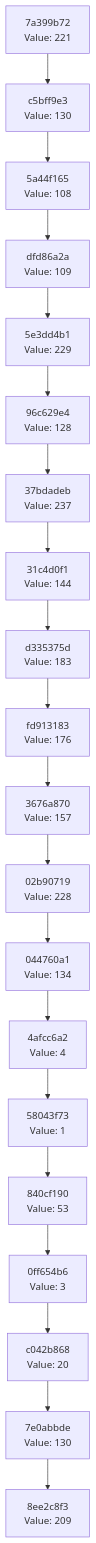
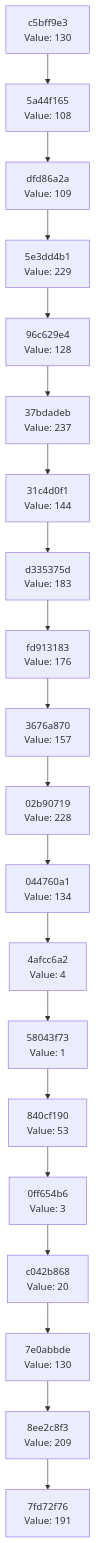
Before and after one commit to Abhisheksinha1506/hash-chain-evolver: the diagram in docs/CHAIN_VISUALIZATION.md, drawn with Mermaid. The commit also changed 2 other files, not shown here.

Commit message:
Evolution Step

````diff
--- a/docs/CHAIN_VISUALIZATION.md
+++ b/docs/CHAIN_VISUALIZATION.md
@@ -3,42 +3,42 @@
 ```mermaid
 graph TD
-    C0["8ee2c8f3<br/>Value: 209"]
-    C1["7e0abbde<br/>Value: 130"]
+    C0["7fd72f76<br/>Value: 191"]
+    C1["8ee2c8f3<br/>Value: 209"]
     C1 --> C0
-    C2["c042b868<br/>Value: 20"]
+    C2["7e0abbde<br/>Value: 130"]
     C2 --> C1
-    C3["0ff654b6<br/>Value: 3"]
+    C3["c042b868<br/>Value: 20"]
     C3 --> C2
-    C4["840cf190<br/>Value: 53"]
+    C4["0ff654b6<br/>Value: 3"]
     C4 --> C3
-    C5["58043f73<br/>Value: 1"]
+    C5["840cf190<br/>Value: 53"]
     C5 --> C4
-    C6["4afcc6a2<br/>Value: 4"]
+    C6["58043f73<br/>Value: 1"]
     C6 --> C5
-    C7["044760a1<br/>Value: 134"]
+    C7["4afcc6a2<br/>Value: 4"]
     C7 --> C6
-    C8["02b90719<br/>Value: 228"]
+    C8["044760a1<br/>Value: 134"]
     C8 --> C7
-    C9["3676a870<br/>Value: 157"]
+    C9["02b90719<br/>Value: 228"]
     C9 --> C8
-    C10["fd913183<br/>Value: 176"]
+    C10["3676a870<br/>Value: 157"]
     C10 --> C9
-    C11["d335375d<br/>Value: 183"]
+    C11["fd913183<br/>Value: 176"]
     C11 --> C10
-    C12["31c4d0f1<br/>Value: 144"]
+    C12["d335375d<br/>Value: 183"]
     C12 --> C11
-    C13["37bdadeb<br/>Value: 237"]
+    C13["31c4d0f1<br/>Value: 144"]
     C13 --> C12
-    C14["96c629e4<br/>Value: 128"]
+    C14["37bdadeb<br/>Value: 237"]
     C14 --> C13
-    C15["5e3dd4b1<br/>Value: 229"]
+    C15["96c629e4<br/>Value: 128"]
     C15 --> C14
-    C16["dfd86a2a<br/>Value: 109"]
+    C16["5e3dd4b1<br/>Value: 229"]
     C16 --> C15
-    C17["5a44f165<br/>Value: 108"]
+    C17["dfd86a2a<br/>Value: 109"]
     C17 --> C16
-    C18["c5bff9e3<br/>Value: 130"]
+    C18["5a44f165<br/>Value: 108"]
     C18 --> C17
-    C19["7a399b72<br/>Value: 221"]
+    C19["c5bff9e3<br/>Value: 130"]
     C19 --> C18
 ```
````
